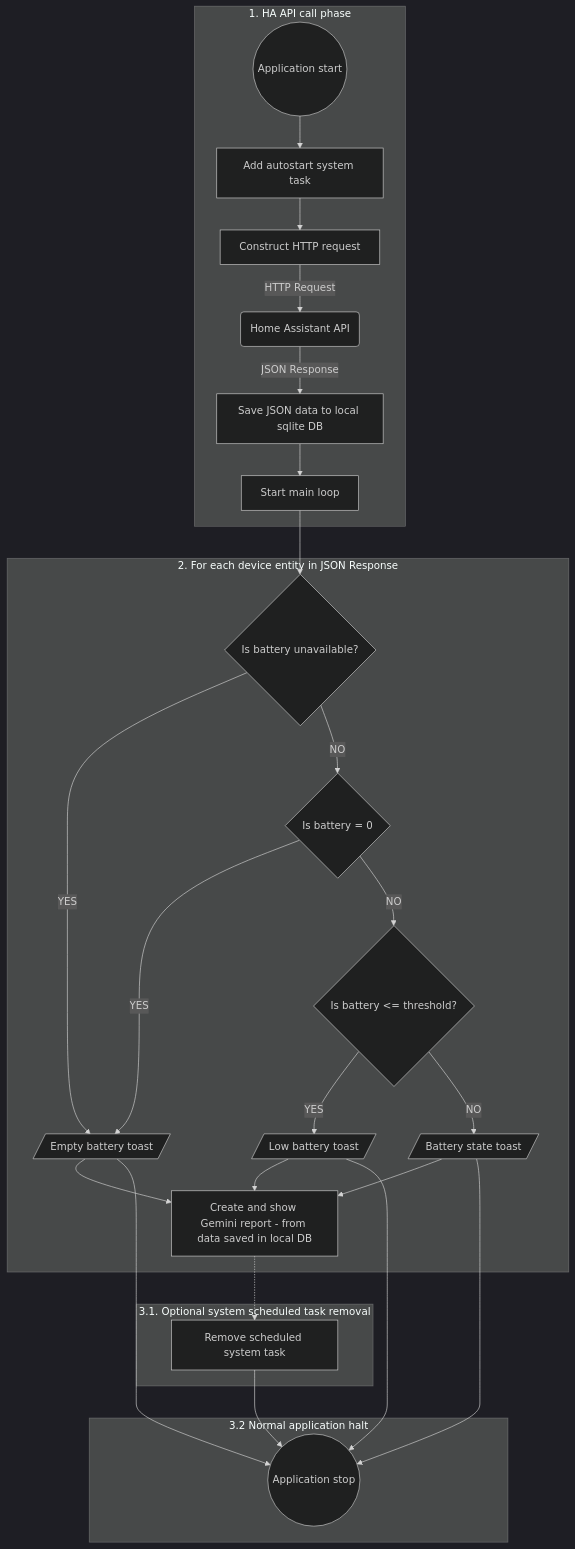
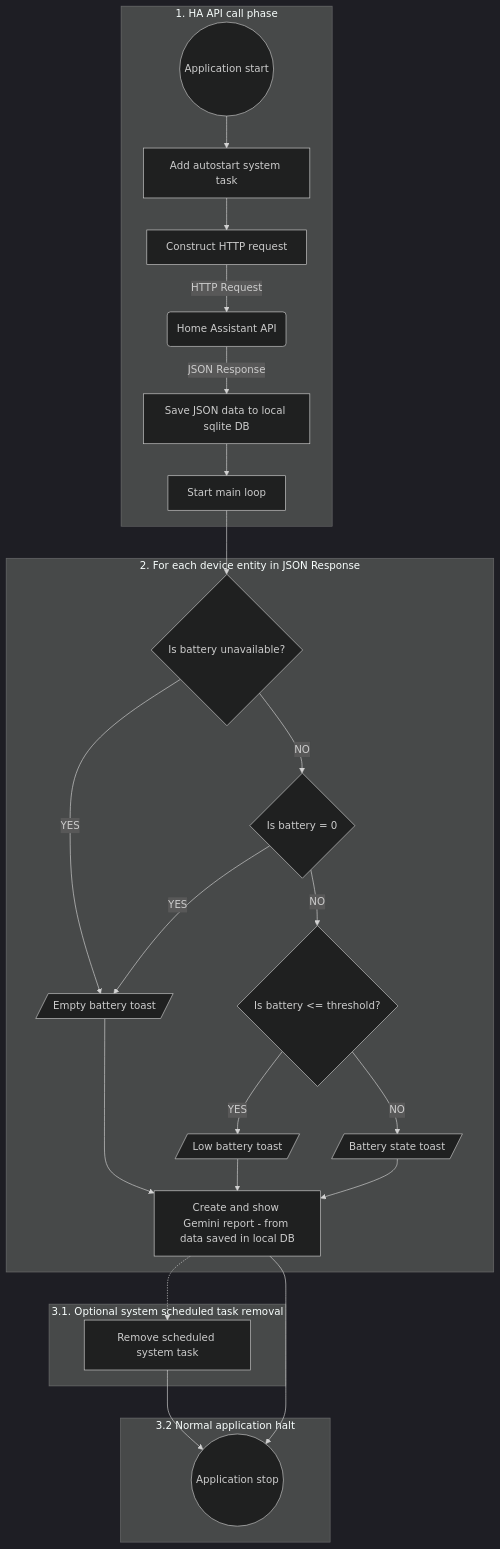
One commit to ToMiDevelop/HABatteryCheckerForWindows changed the diagram in README.md. Above: the diagram before and after it, drawn with Mermaid (dark theme).

Commit message:
Corrections in readme: corrected Application logic schema.

````diff
--- a/README.md
+++ b/README.md
@@ -48,46 +48,44 @@
 ```mermaid
 graph TD
 Start((Application start))
 Stop((Application stop))
 TaskOn[Add autostart system task]
 TaskOff[Remove scheduled system task]
 ConstructRequest[Construct HTTP request]
 Api(Home Assistant API)
 BatUnav{Is battery unavailable?};
 Low@{shape: lean-r, label: "Low battery toast"}
 Full@{shape: lean-r, label: "Battery state toast"}
 Empty@{shape: lean-r, label: "Empty battery toast"}
 Zero{Is battery = 0}
 Threshold{Is battery <= threshold?}
 Loop[Start main loop]
 Gemini[Create and show Gemini report - from data saved in local DB]
 LocalDB[Save JSON data to local sqlite DB]
 subgraph start [1. HA API call phase]
     Start --> TaskOn
     TaskOn --> ConstructRequest
     ConstructRequest -->|HTTP Request| Api
     Api -->|JSON Response| LocalDB
     LocalDB --> Loop
 end
 subgraph for [2. For each device entity in JSON Response]
     Loop --> BatUnav
     BatUnav -->|YES| Empty
     BatUnav -->|NO| Zero
     Zero -->|YES| Empty
     Zero -->|NO| Threshold
     Threshold -->|YES| Low
     Threshold -->|NO| Full
     Empty --> Gemini
     Low --> Gemini
     Full --> Gemini
 end
 subgraph optional [3.1. Optional system scheduled task removal]
     Gemini -.-> TaskOff
 end
 subgraph normal [3.2 Normal application halt]
     TaskOff --> Stop
-    Empty --> Stop
-    Low --> Stop
-    Full --> Stop
+    Gemini --> Stop
 end
 ```
````
